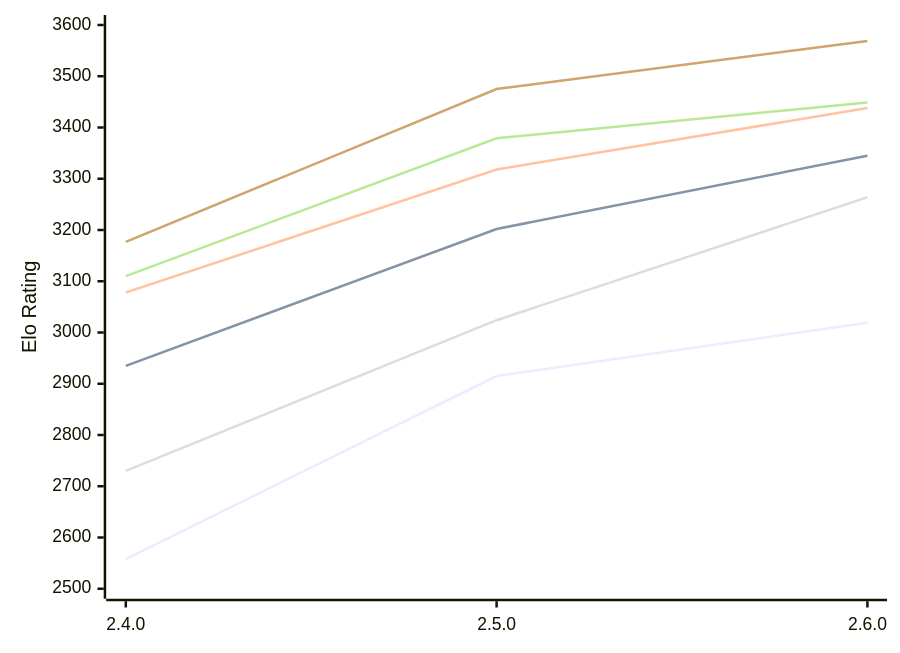
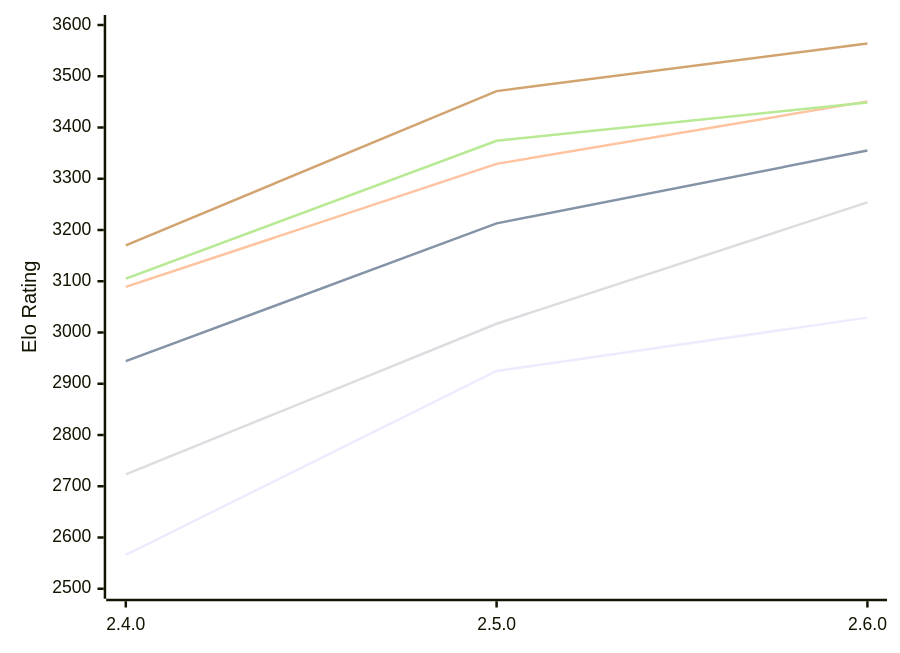
Before and after one commit to computer-chess-index/cci: the diagram in engines/Rarog.md, drawn with Mermaid. The commit also changed other lines of this file, not shown here.

Commit message:
Update CCI Ratings (ELO VLTC) - 2026-11-06

````diff
--- a/engines/Rarog.md
+++ b/engines/Rarog.md
@@ -51,12 +51,12 @@
 ```mermaid
 %%{init: {"theme":"base","themeVariables":{"seriesColors:['#a3a3a3','#222221','#faa371']}}}%%
 xychart-beta
   x-axis ["2.4.0", "2.5.0", "2.6.0"]
   y-axis "Elo Rating" 2500 --> 3600
-  line "E1: STC (8.0+0.08s)" [2558, 2915, 3019]
-  line "E1: LTC (60.0+0.60s)" [2935, 3202, 3345]
-  line "E1: VLTC (2m24s+1.12s)" [3078, 3318, 3438]
-  line "P1: STC (8.0+0.08s)" [2730, 3024, 3264]
-  line "P1: LTC (60.0+0.60s)" [3110, 3379, 3449]
-  line "P1: VLTC (2m24s+1.12s)" [3177, 3475, 3569]
+  line "E1: STC (8.0+0.08s)" [2566, 2925, 3029]
+  line "E1: LTC (60.0+0.60s)" [2944, 3213, 3355]
+  line "E1: VLTC (2m24s+1.12s)" [3089, 3329, 3451]
+  line "P1: STC (8.0+0.08s)" [2723, 3017, 3254]
+  line "P1: LTC (60.0+0.60s)" [3105, 3374, 3449]
+  line "P1: VLTC (2m24s+1.12s)" [3170, 3471, 3564]
 ```
````
